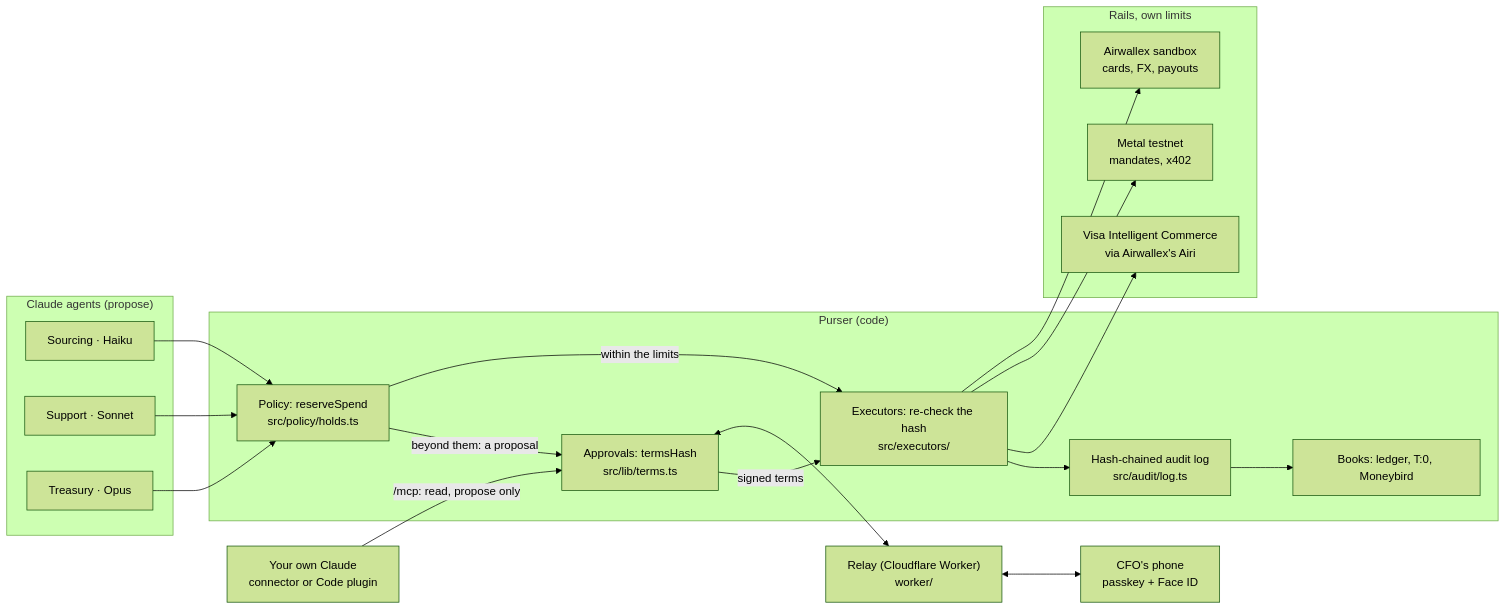
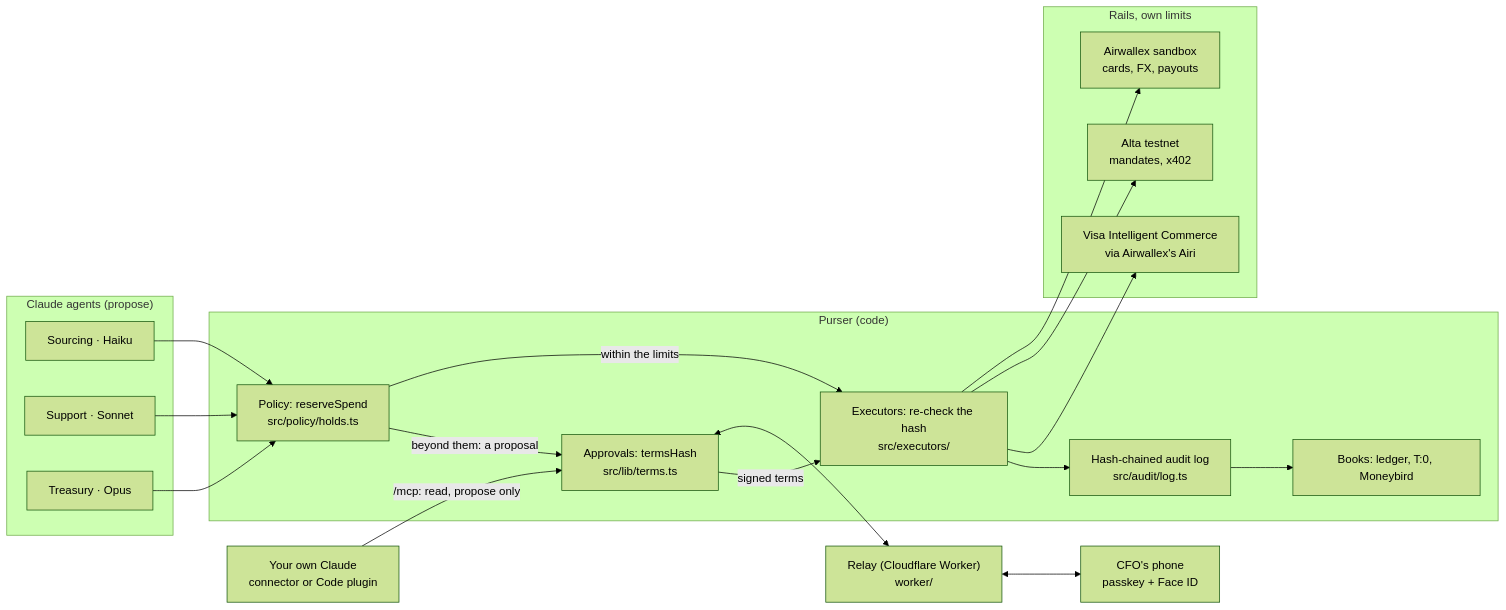
The second of 5 diagrams in docs/diagrams.md (agamemnon-coder/x402-business-agents), drawn with Mermaid (forest theme) before and after one commit. The commit also changed other lines of this file and 270 other files, not shown here.

First line of the commit message:
Metal is now Alta: the site, Cloud, README and form say Alta; /alta serves /metal's page (#314)

````diff
--- a/docs/diagrams.md
+++ b/docs/diagrams.md
@@ -24,31 +24,31 @@
 ```mermaid
 flowchart LR
   subgraph Agents["Claude agents (propose)"]
     S["Sourcing · Haiku"]
     U["Support · Sonnet"]
     T["Treasury · Opus"]
   end
   CL["Your own Claude<br/>connector or Code plugin"]
   subgraph Purser["Purser (code)"]
     P["Policy: reserveSpend<br/>src/policy/holds.ts"]
     A["Approvals: termsHash<br/>src/lib/terms.ts"]
     X["Executors: re-check the hash<br/>src/executors/"]
     L["Hash-chained audit log<br/>src/audit/log.ts"]
     B["Books: ledger, T:0, Moneybird"]
   end
   R["Relay (Cloudflare Worker)<br/>worker/"]
   F["CFO's phone<br/>passkey + Face ID"]
   subgraph Rails["Rails, own limits"]
     AW["Airwallex sandbox<br/>cards, FX, payouts"]
-    M["Metal testnet<br/>mandates, x402"]
+    M["Alta testnet<br/>mandates, x402"]
     V["Visa Intelligent Commerce<br/>via Airwallex's Airi"]
   end
   S & U & T --> P
   CL -- "/mcp: read, propose only" --> A
   P -- "within the limits" --> X
   P -- "beyond them: a proposal" --> A
   A <--> R <--> F
   A -- "signed terms" --> X
   X --> AW & M & V
   X --> L --> B
 ```
````
